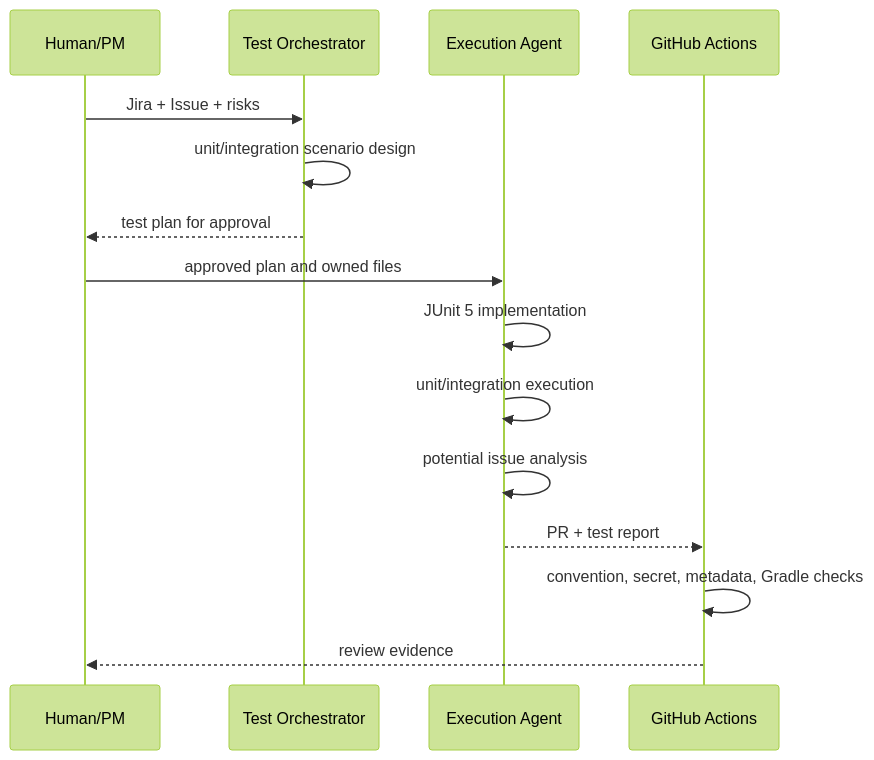
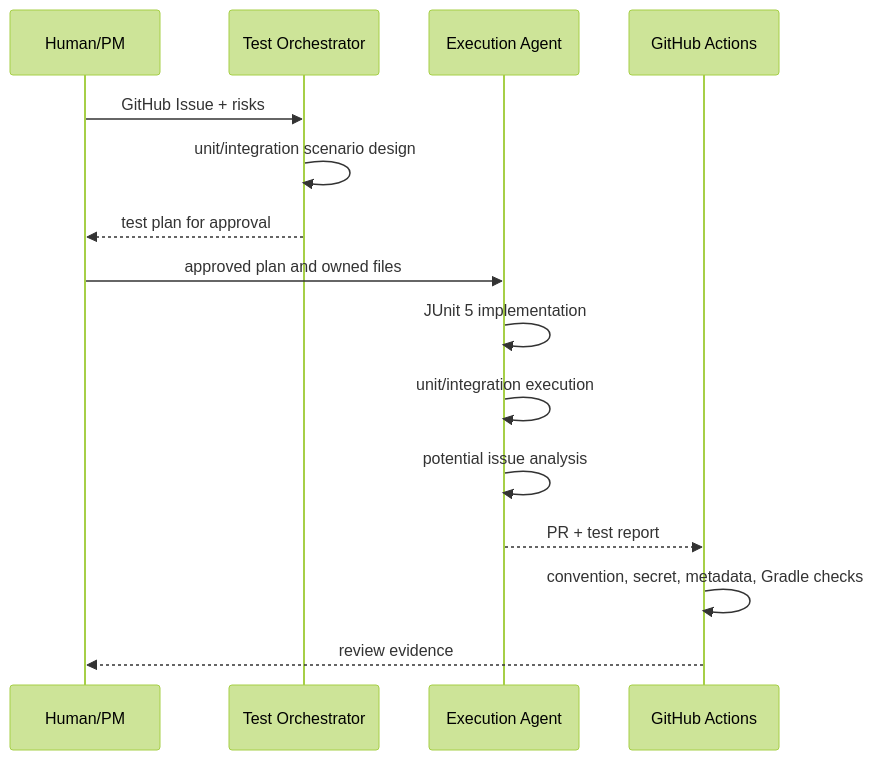
One commit to dnd-side-project/dnd-15th-2-backend changed the second of 3 diagrams in docs/harness/ARCHITECTURE.md. Above: the diagram before and after it, drawn with Mermaid (forest theme). The commit also changed other lines of this file and 67 other files, not shown here.

````diff
--- a/docs/harness/ARCHITECTURE.md
+++ b/docs/harness/ARCHITECTURE.md
@@ -28,18 +28,18 @@
 ```mermaid
 sequenceDiagram
     participant H as Human/PM
     participant O as Test Orchestrator
     participant E as Execution Agent
     participant CI as GitHub Actions
 
-    H->>O: Jira + Issue + risks
+    H->>O: GitHub Issue + risks
     O->>O: unit/integration scenario design
     O-->>H: test plan for approval
     H->>E: approved plan and owned files
     E->>E: JUnit 5 implementation
     E->>E: unit/integration execution
     E->>E: potential issue analysis
     E-->>CI: PR + test report
     CI->>CI: convention, secret, metadata, Gradle checks
     CI-->>H: review evidence
 ```
````
